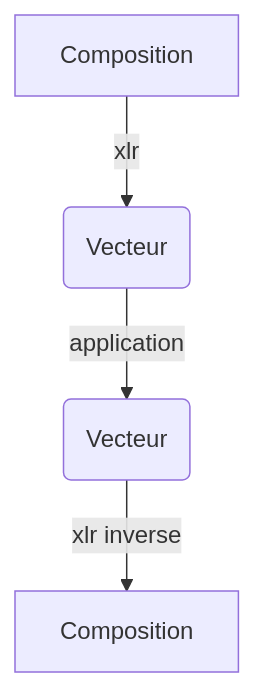
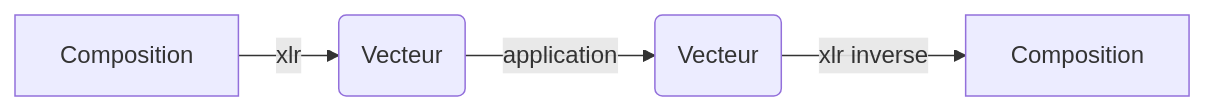
Before and after one commit to mahendra-mariadassou/JES2022-presentations: the second of 2 diagrams in 01_simplexe_structure_transformations.qmd, drawn with Mermaid. The commit also changed other lines of this file, not shown here.

````diff
--- a/01_simplexe_structure_transformations.qmd
+++ b/01_simplexe_structure_transformations.qmd
@@ -1124,6 +1184,7 @@
 ```{mermaid}
-flowchart TD
+%%| fig-width: 12
+flowchart LR
   A[Composition] -- xlr --> B(Vecteur)
   B -- application --> C(Vecteur)
   C -- xlr inverse --> D[Composition]
 ```
````
